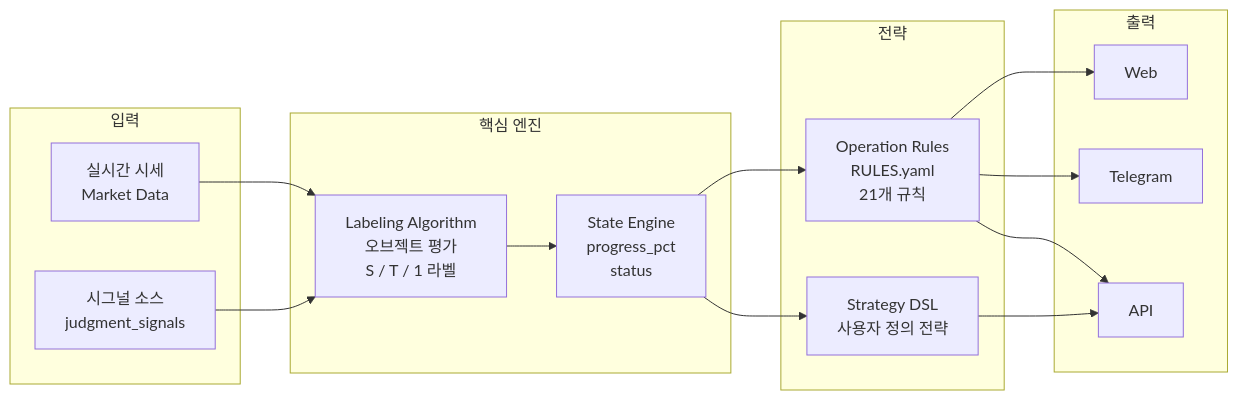
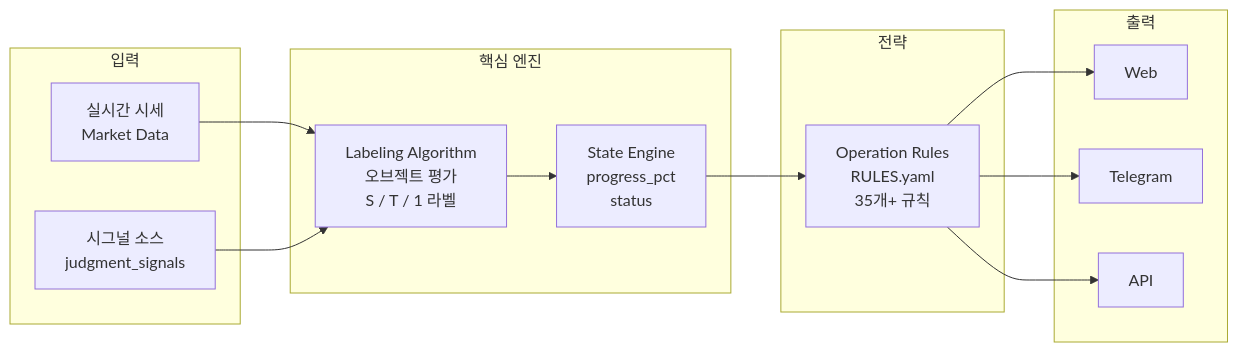
One commit to gigshow/decker-ai-strategy-builder changed the first of 5 diagrams in diagrams/system_flow.md. Above: the diagram before and after it, drawn with Mermaid. The commit also changed 8 other files, not shown here.

````diff
--- a/diagrams/system_flow.md
+++ b/diagrams/system_flow.md
@@ -7,33 +7,30 @@
 ```mermaid
 flowchart LR
     subgraph Input[입력]
         MarketData[실시간 시세<br/>Market Data]
         SignalSource[시그널 소스<br/>judgment_signals]
     end
 
     subgraph Core[핵심 엔진]
         LabelAlgo[Labeling Algorithm<br/>오브젝트 평가<br/>S / T / 1 라벨]
         StateEngine[State Engine<br/>progress_pct<br/>status]
     end
 
     subgraph Strategy[전략]
-        OpRules[Operation Rules<br/>RULES.yaml<br/>21개 규칙]
-        DSL[Strategy DSL<br/>사용자 정의 전략]
+        OpRules[Operation Rules<br/>RULES.yaml<br/>35개+ 규칙]
     end
 
     subgraph Output[출력]
         Web[Web]
         Telegram[Telegram]
         API[API]
     end
 
     MarketData --> LabelAlgo
     SignalSource --> LabelAlgo
     LabelAlgo --> StateEngine
     StateEngine --> OpRules
-    StateEngine --> DSL
     OpRules --> Web
     OpRules --> Telegram
     OpRules --> API
-    DSL --> API
 ```
````
